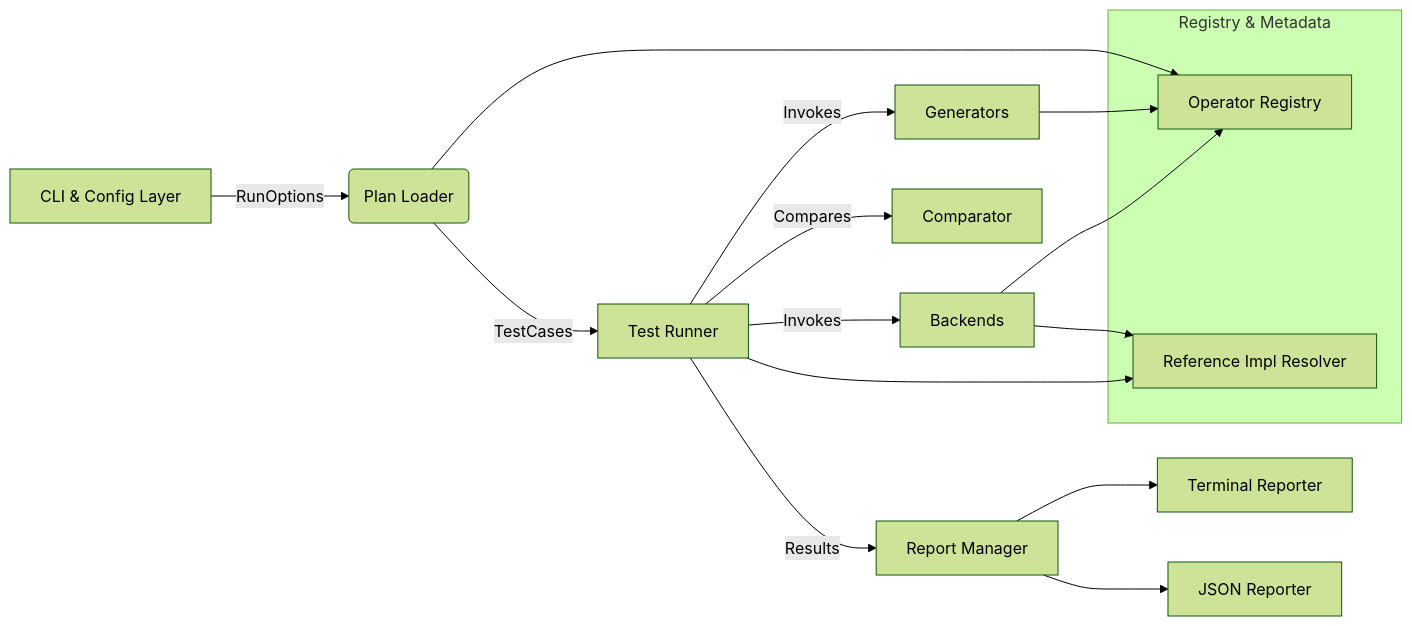
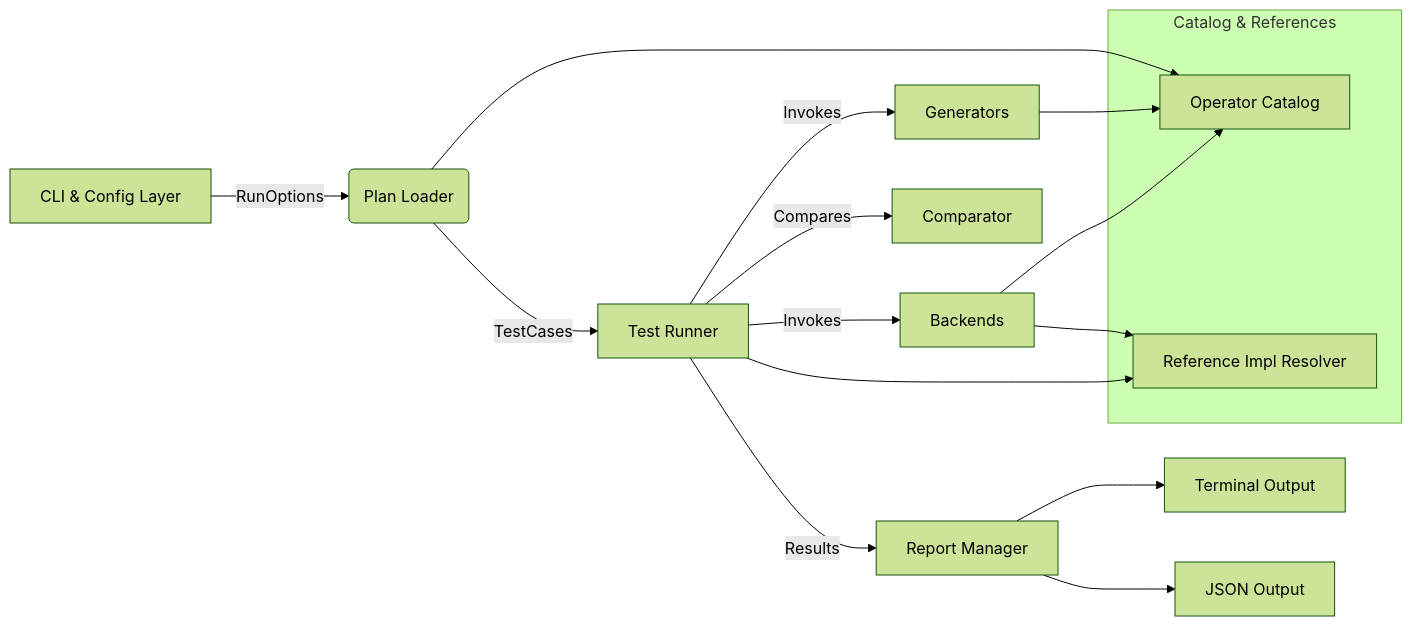
The diagram in docs/optest_architecture.md (MagicBowen/optest), drawn with Mermaid (forest theme) before and after one commit. The commit also changed other lines of this file and 13 other files, not shown here.

````diff
--- a/docs/optest_architecture.md
+++ b/docs/optest_architecture.md
@@ -5,20 +5,20 @@
 ```mermaid
 graph LR
     A[CLI & Config Layer] -->|RunOptions| B(Plan Loader)
     B -->|TestCases| C[Test Runner]
     C -->|Invokes| D[Generators]
     C -->|Invokes| E[Backends]
     C -->|Compares| F[Comparator]
     C -->|Results| G[Report Manager]
-    G --> H[Terminal Reporter]
-    G --> I[JSON Reporter]
-    subgraph Registry & Metadata
-        J[Operator Registry]
+    G --> H[Terminal Output]
+    G --> I[JSON Output]
+    subgraph Catalog & References
+        J[Operator Catalog]
         K[Reference Impl Resolver]
     end
     B --> J
     D --> J
     E --> J
     E --> K
     C --> K
 ```
````
